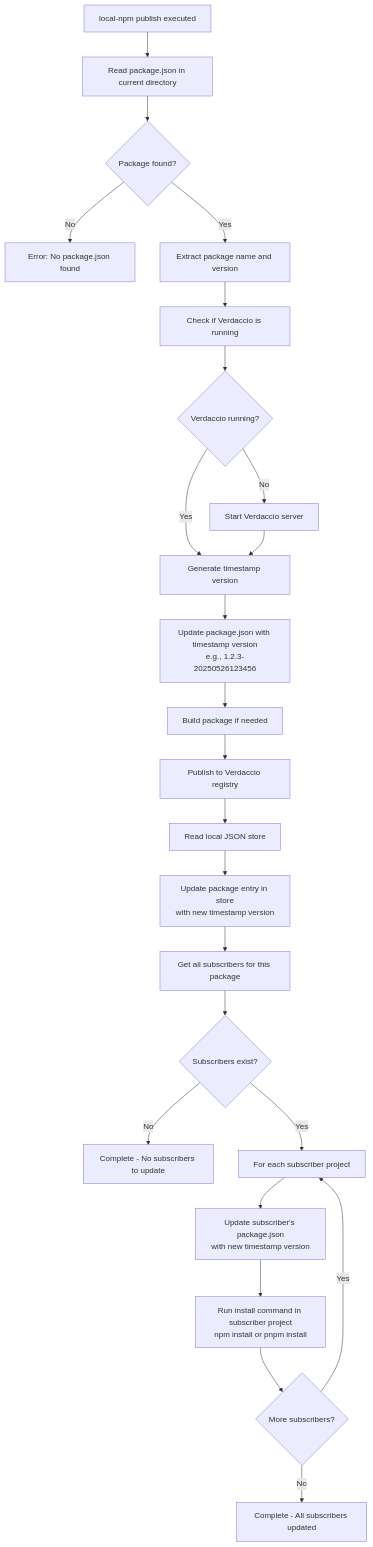
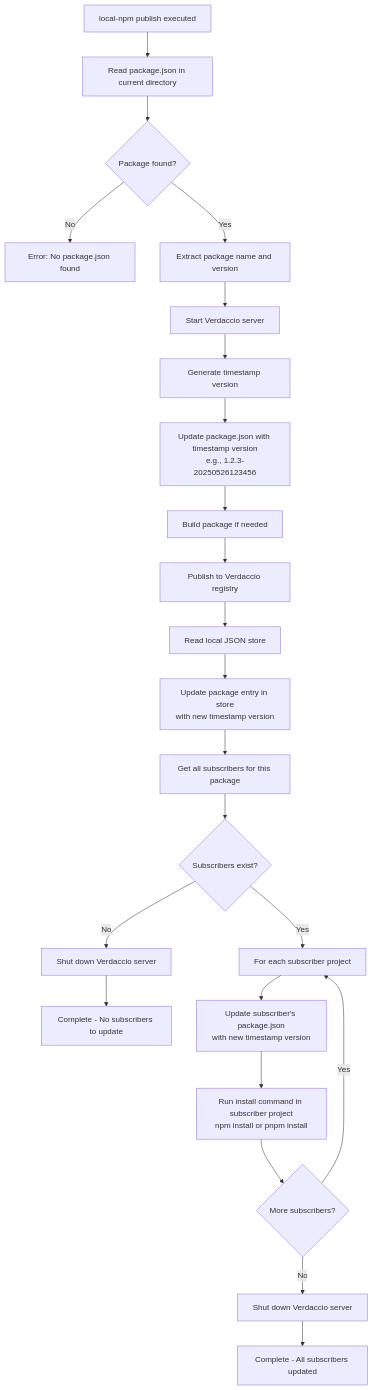
Before and after one commit to aneuhold/ts-libs: the first of 4 diagrams in packages/local-npm-registry/README.md, drawn with Mermaid. The commit also changed other lines of this file, not shown here.

Commit message:
Update readme a bit more

````diff
--- a/packages/local-npm-registry/README.md
+++ b/packages/local-npm-registry/README.md
@@ -11,26 +13,25 @@
 ```mermaid
 flowchart TD
     A["local-npm publish executed"] --> B["Read package.json in current directory"]
     B --> C{"Package found?"}
     C -->|No| D["Error: No package.json found"]
     C -->|Yes| E["Extract package name and version"]
-    E --> F["Check if Verdaccio is running"]
-    F --> G{"Verdaccio running?"}
-    G -->|No| H["Start Verdaccio server"]
-    G -->|Yes| I["Generate timestamp version"]
-    H --> I
-    I --> J["Update package.json with timestamp version<br/>e.g., 1.2.3-20250526123456"]
-    J --> K["Build package if needed"]
-    K --> L["Publish to Verdaccio registry"]
-    L --> M["Read local JSON store"]
-    M --> N["Update package entry in store<br/>with new timestamp version"]
-    N --> O["Get all subscribers for this package"]
-    O --> P{"Subscribers exist?"}
-    P -->|No| Q["Complete - No subscribers to update"]
-    P -->|Yes| R["For each subscriber project"]
-    R --> S["Update subscriber's package.json<br/>with new timestamp version"]
-    S --> T["Run install command in subscriber project<br/>npm install or pnpm install"]
-    T --> U{"More subscribers?"}
-    U -->|Yes| R
-    U -->|No| V["Complete - All subscribers updated"]
+    E --> F["Start Verdaccio server"]
+    F --> G["Generate timestamp version"]
+    G --> H["Update package.json with timestamp version<br/>e.g., 1.2.3-20250526123456"]
+    H --> I["Build package if needed"]
+    I --> J["Publish to Verdaccio registry"]
+    J --> K["Read local JSON store"]
+    K --> L["Update package entry in store<br/>with new timestamp version"]
+    L --> M["Get all subscribers for this package"]
+    M --> N{"Subscribers exist?"}
+    N -->|No| O["Shut down Verdaccio server"]
+    N -->|Yes| P["For each subscriber project"]
+    P --> Q["Update subscriber's package.json<br/>with new timestamp version"]
+    Q --> R["Run install command in subscriber project<br/>npm install or pnpm install"]
+    R --> S{"More subscribers?"}
+    S -->|Yes| P
+    S -->|No| T["Shut down Verdaccio server"]
+    O --> U["Complete - No subscribers to update"]
+    T --> V["Complete - All subscribers updated"]
 ```
````
